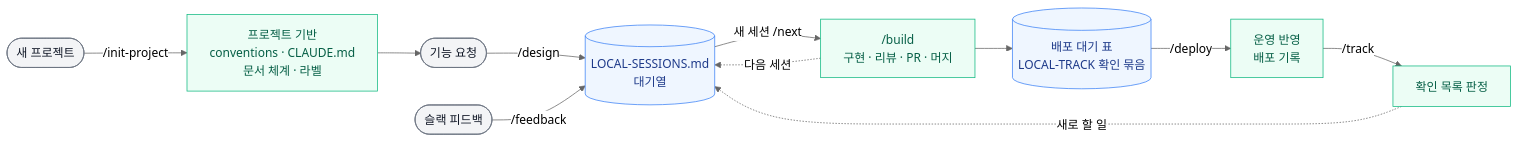
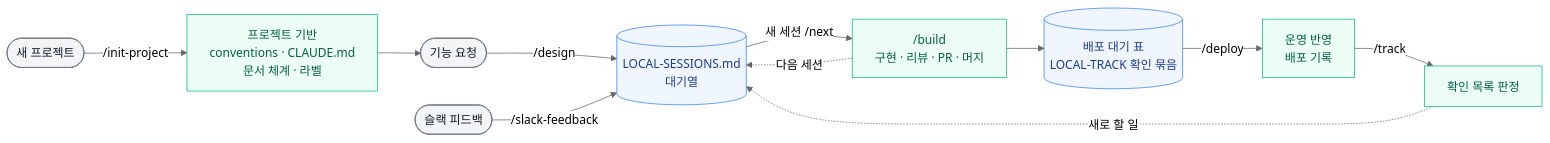
The first of 6 diagrams in workflow/skills-overview.md (hyewon3938/build-with-ai), drawn with Mermaid (neutral theme) before and after one commit. The commit also changed other lines of this file and 5 other files, not shown here.

First line of the commit message:
refactor(plugin): 슬랙 피드백 스킬 이름을 slack-feedback으로 바꾼다

````diff
--- a/workflow/skills-overview.md
+++ b/workflow/skills-overview.md
@@ -25,21 +25,21 @@
 ```mermaid
 graph LR
     NP(["새 프로젝트"]) -->|/init-project| IP["프로젝트 기반<br/>conventions · CLAUDE.md<br/>문서 체계 · 라벨"]
     IP --> RQ(["기능 요청"])
     RQ -->|/design| QU[("LOCAL-SESSIONS.md<br/>대기열")]
     QU -->|새 세션 /next| BD["/build<br/>구현 · 리뷰 · PR · 머지"]
     BD --> DW[("배포 대기 표<br/>LOCAL-TRACK 확인 묶음")]
     BD -.다음 세션.-> QU
     DW -->|/deploy| DP["운영 반영<br/>배포 기록"]
     DP -->|/track| TR["확인 목록 판정"]
     TR -.새로 할 일.-> QU
-    FB(["슬랙 피드백"]) -->|/feedback| QU
+    FB(["슬랙 피드백"]) -->|/slack-feedback| QU
 
     classDef io fill:#f3f4f6,stroke:#6b7280,color:#111827
     classDef skill fill:#ecfdf5,stroke:#10b981,color:#065f46
     classDef local fill:#eff6ff,stroke:#3b82f6,color:#1e3a8a
 
     class NP,RQ,FB io
     class IP,BD,DP,TR skill
     class QU,DW local
 ```
````
